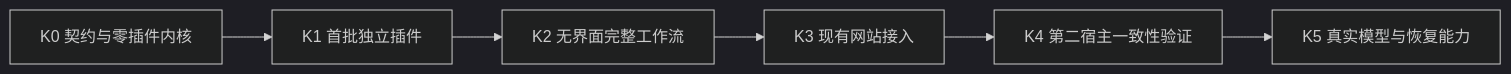
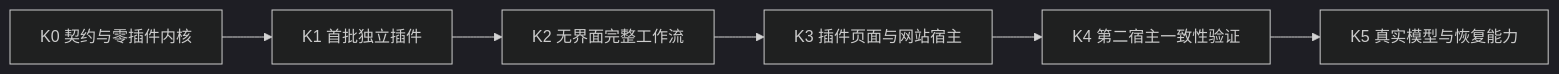
Before and after one commit to OttoBlues/editor: the diagram in docs/architecture/implementation-plan.md, drawn with Mermaid (dark theme). The commit also changed other lines of this file and 6 other files, not shown here.

````diff
--- a/docs/architecture/implementation-plan.md
+++ b/docs/architecture/implementation-plan.md
@@ -7,8 +7,8 @@
 ```mermaid
 flowchart LR
   K0[K0 契约与零插件内核] --> K1[K1 首批独立插件]
   K1 --> K2[K2 无界面完整工作流]
-  K2 --> K3[K3 现有网站接入]
+  K2 --> K3[K3 插件页面与网站宿主]
   K3 --> K4[K4 第二宿主一致性验证]
   K4 --> K5[K5 真实模型与恢复能力]
 ```
````
